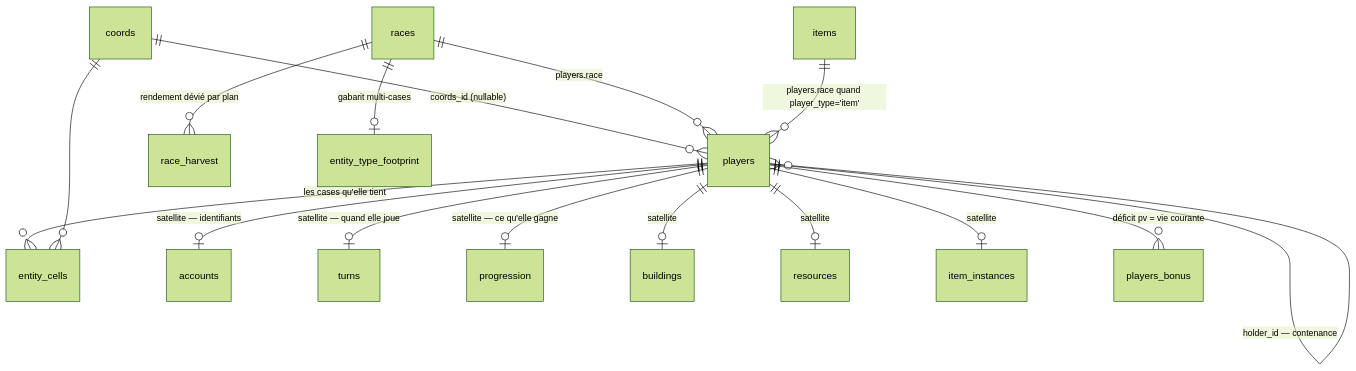
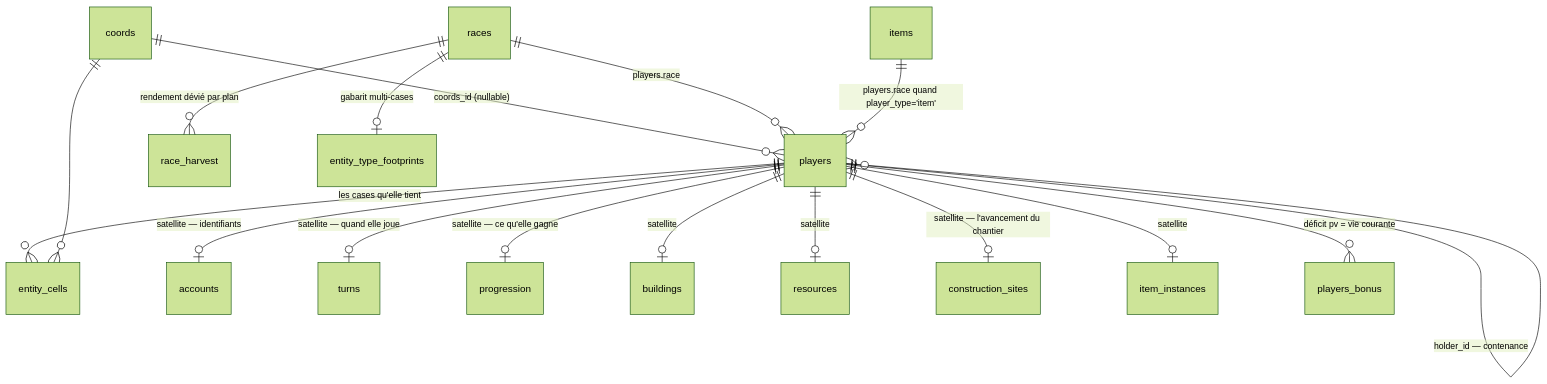
One commit to Age-Of-Olympia/aoo-engine changed the fourth of 9 diagrams in docs/panorama-systeme-entites.md. Above: the diagram before and after it, drawn with Mermaid (forest theme). The commit also changed other lines of this file and 1 other file, not shown here.

First line of the commit message:
docs(entités): le panorama apprend le chantier et l'atelier

````diff
--- a/docs/panorama-systeme-entites.md
+++ b/docs/panorama-systeme-entites.md
@@ -301,18 +301,19 @@
 ```mermaid
 erDiagram
     coords ||--o{ players : "coords_id (nullable)"
     players ||--o{ players : "holder_id — contenance"
     players ||--o{ entity_cells : "les cases qu'elle tient"
     coords ||--o{ entity_cells : ""
     races ||--o{ players : "players.race"
     items ||--o{ players : "players.race quand player_type='item'"
     players ||--o| accounts : "satellite — identifiants"
     players ||--o| turns : "satellite — quand elle joue"
     players ||--o| progression : "satellite — ce qu'elle gagne"
     players ||--o| buildings : "satellite"
     players ||--o| resources : "satellite"
+    players ||--o| construction_sites : "satellite — l'avancement du chantier"
     players ||--o| item_instances : "satellite"
     players ||--o{ players_bonus : "déficit pv = vie courante"
     races ||--o{ race_harvest : "rendement dévié par plan"
-    races ||--o| entity_type_footprint : "gabarit multi-cases"
+    races ||--o| entity_type_footprints : "gabarit multi-cases"
 ```
````
